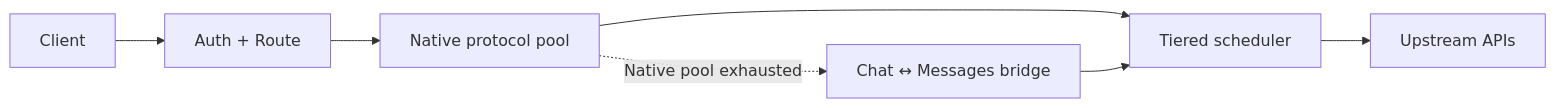
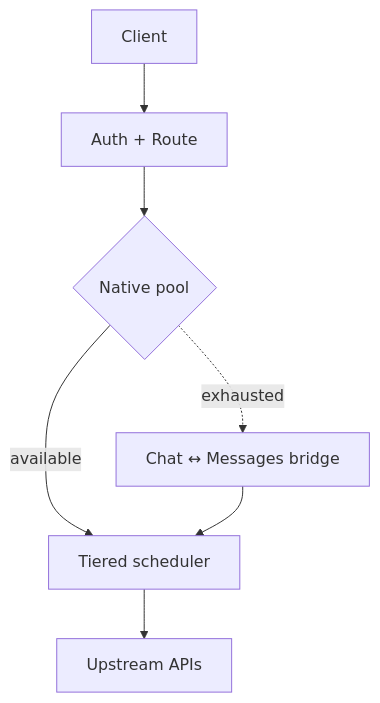
The diagram in README.md (fongap/ai-gateway), drawn with Mermaid before and after one commit.

Commit message:
docs: compact README architecture diagram

````diff
--- a/README.md
+++ b/README.md
@@ -34,9 +34,9 @@
 ```mermaid
-flowchart LR
+flowchart TB
     A[Client] --> B[Auth + Route]
-    B --> C[Native protocol pool]
-    C --> D[Tiered scheduler]
+    B --> C{Native pool}
+    C -->|available| D[Tiered scheduler]
+    C -. exhausted .-> F[Chat ↔ Messages bridge]
+    F --> D
     D --> E[Upstream APIs]
-    C -. Native pool exhausted .-> F[Chat ↔ Messages bridge]
-    F --> D
 ```
````
